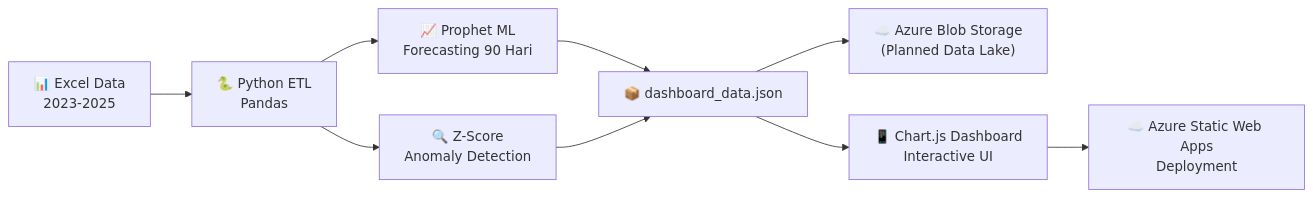
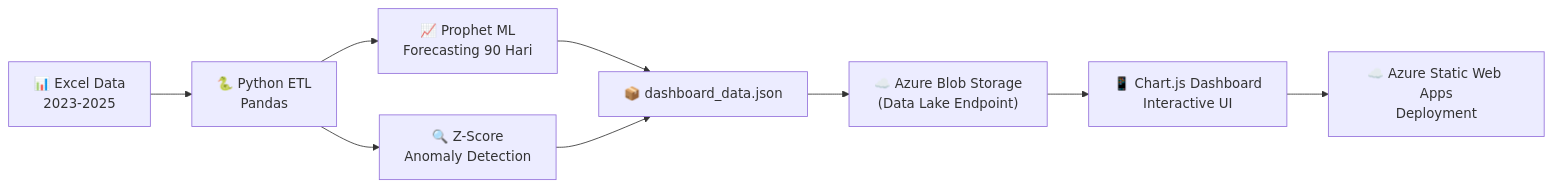
One commit to mhmdarieffh/datathon-dicoding changed the diagram in README.md. Above: the diagram before and after it, drawn with Mermaid. The commit also changed other lines of this file and 1 other file, not shown here.

Commit message:
docs: update architecture to reflect completed Data Lake and add live URL

````diff
--- a/README.md
+++ b/README.md
@@ -20,11 +23,11 @@
 ```mermaid
 graph LR
     A["📊 Excel Data<br/>2023-2025"] --> B["🐍 Python ETL<br/>Pandas"]
     B --> C["📈 Prophet ML<br/>Forecasting 90 Hari"]
     B --> D["🔍 Z-Score<br/>Anomaly Detection"]
     C --> F["📦 dashboard_data.json"]
     D --> F
-    F --> I["☁️ Azure Blob Storage<br/>(Planned Data Lake)"]
-    F --> G["📱 Chart.js Dashboard<br/>Interactive UI"]
+    F --> I["☁️ Azure Blob Storage<br/>(Data Lake Endpoint)"]
+    I --> G["📱 Chart.js Dashboard<br/>Interactive UI"]
     G --> H["☁️ Azure Static Web Apps<br/>Deployment"]
 ```
````
